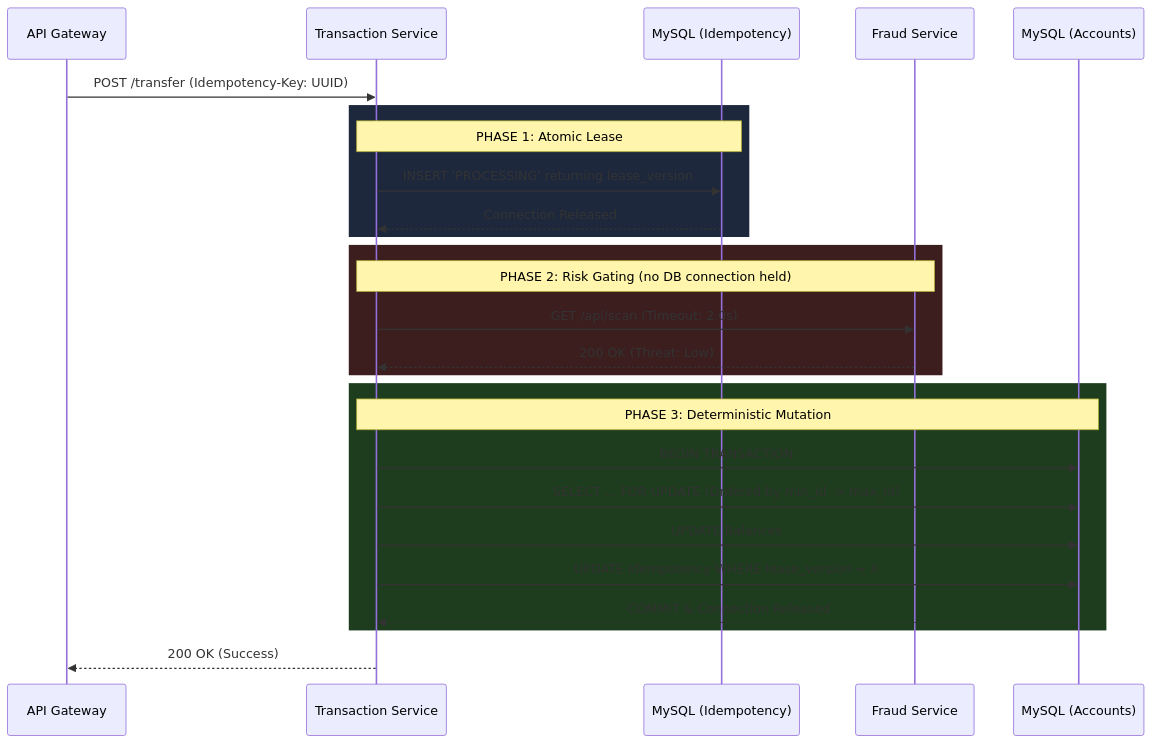
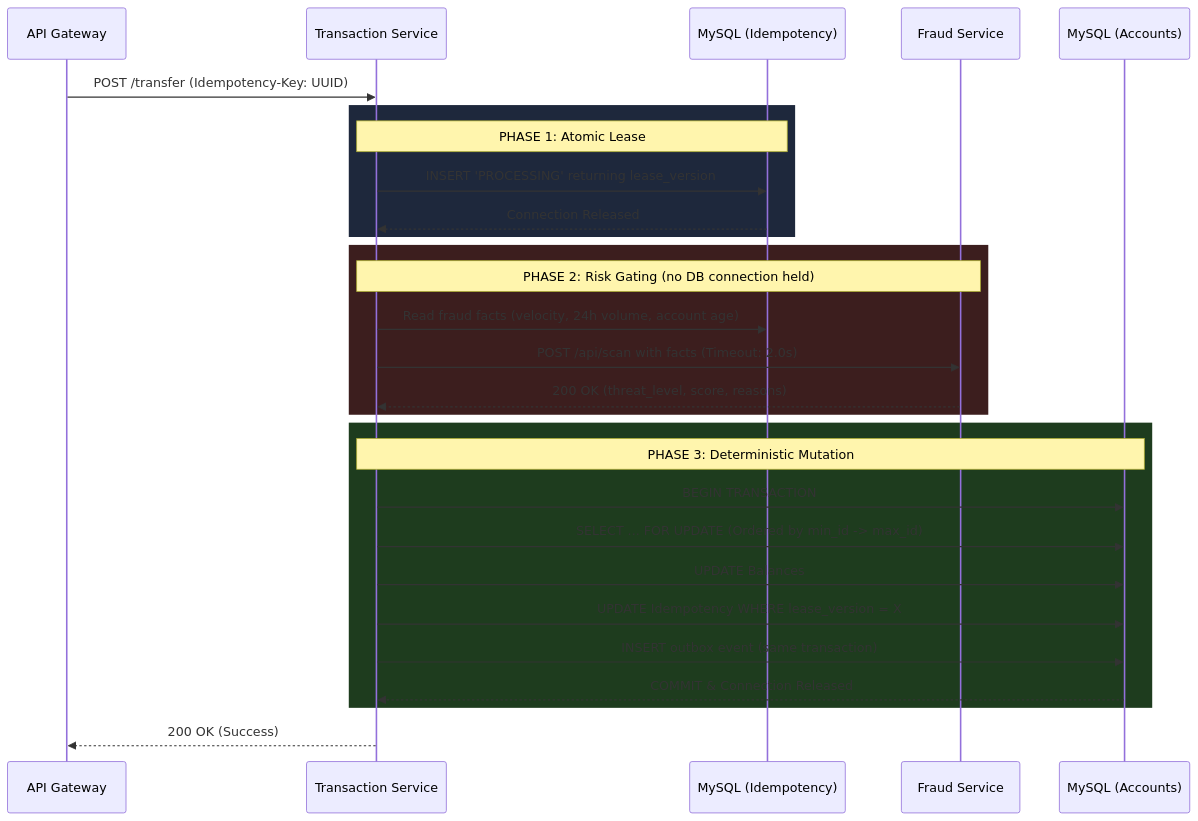
The second of 3 diagrams in README.md (Nexora-Banking-App/nexora-apps), drawn with Mermaid before and after one commit. The commit also changed other lines of this file, not shown here.

Commit message:
docs: real configuration variables, fraud rules, Kafka, logging, benchmark scripts

````diff
--- a/README.md
+++ b/README.md
@@ -170,33 +194,35 @@
 ```mermaid
 sequenceDiagram
     participant API as API Gateway
     participant TS as Transaction Service
     participant DB as MySQL (Idempotency)
     participant FS as Fraud Service
     participant DB2 as MySQL (Accounts)
 
     API->>TS: POST /transfer (Idempotency-Key: UUID)
 
     rect rgb(30, 40, 60)
         Note over TS,DB: PHASE 1: Atomic Lease
         TS->>DB: INSERT 'PROCESSING' returning lease_version
         DB-->>TS: Connection Released
     end
 
     rect rgb(60, 30, 30)
         Note over TS,FS: PHASE 2: Risk Gating (no DB connection held)
-        TS->>FS: GET /api/scan (Timeout: 2.0s)
-        FS-->>TS: 200 OK (Threat: Low)
+        TS->>DB: Read fraud facts (velocity, 24h volume, account age)
+        TS->>FS: POST /api/scan with facts (Timeout: 2.0s)
+        FS-->>TS: 200 OK (threat_level, score, reasons)
     end
 
     rect rgb(30, 60, 30)
         Note over TS,DB2: PHASE 3: Deterministic Mutation
         TS->>DB2: BEGIN TRANSACTION
         TS->>DB2: SELECT ... FOR UPDATE (Ordered by min_id -> max_id)
         TS->>DB2: UPDATE Balances
         TS->>DB2: UPDATE Idempotency WHERE lease_version = X
+        TS->>DB2: INSERT outbox event (same transaction)
         DB2-->>TS: COMMIT & Connection Released
     end
 
     TS-->>API: 200 OK (Success)
 ```
````
